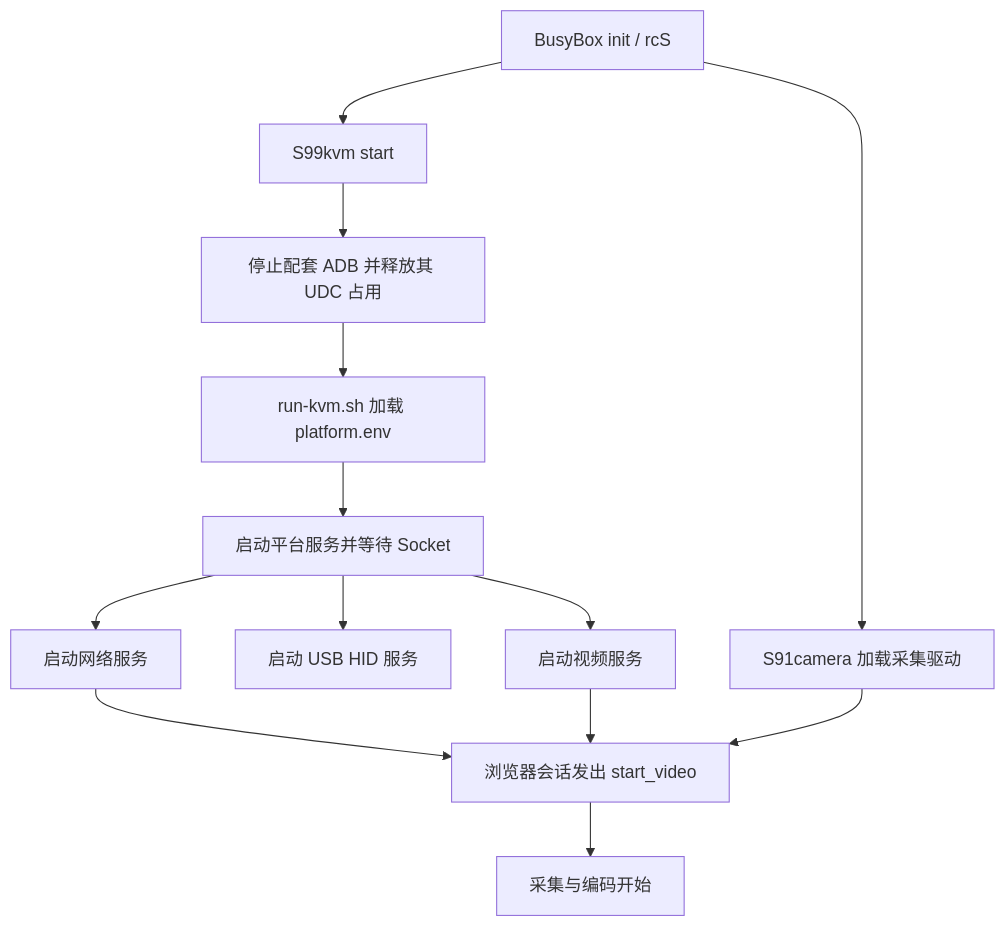
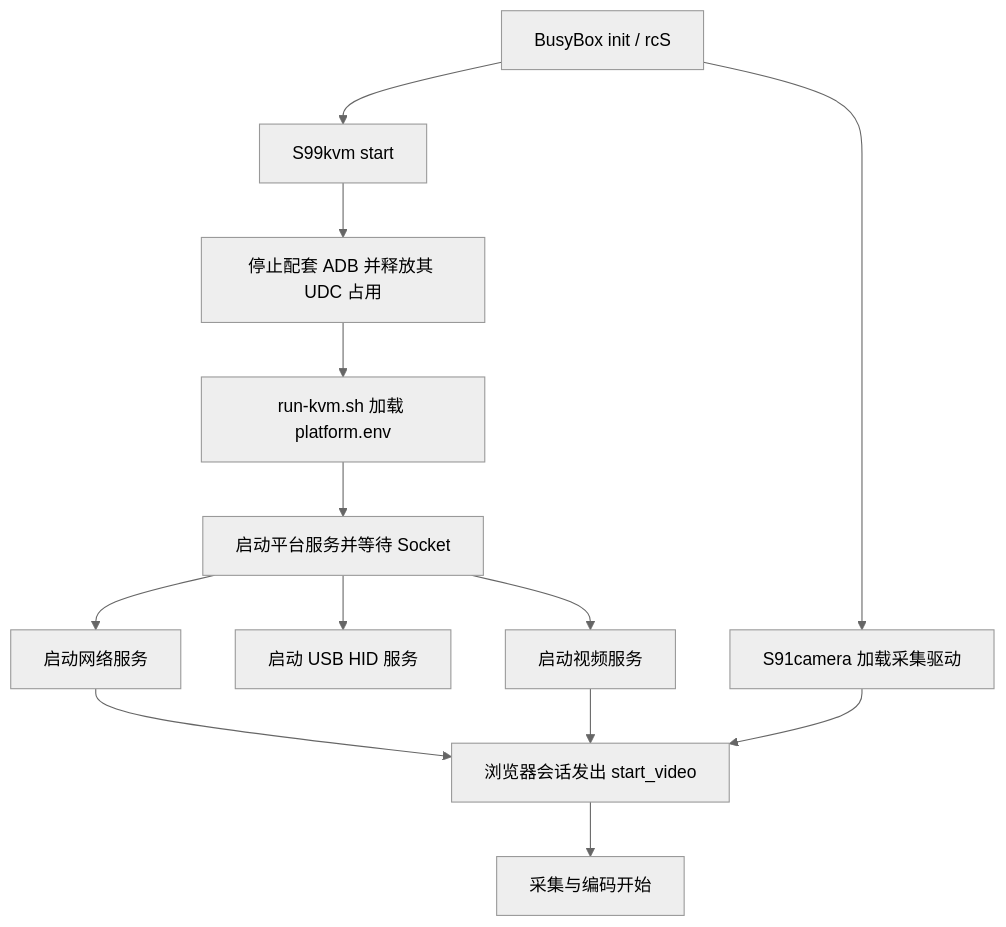
The diagram in docs/course/deployment/startup.md (dshanpi/solution-docs), drawn with Mermaid before and after one commit. The commit also changed other lines of this file and 91 other files, not shown here.

````diff
--- a/docs/course/deployment/startup.md
+++ b/docs/course/deployment/startup.md
@@ -33,15 +33,16 @@
 ```mermaid
+%%{init: {'theme': 'neutral'}}%%
 flowchart TD
   I[BusyBox init / rcS] --> D[S91camera 加载采集驱动]
   I --> S[S99kvm start]
   S --> U[停止配套 ADB 并释放其 UDC 占用]
   U --> R[run-kvm.sh 加载 platform.env]
   R --> P[启动平台服务并等待 Socket]
   P --> H[启动 USB HID 服务]
   P --> A[启动网络服务]
   P --> V[启动视频服务]
   A --> C[浏览器会话发出 start_video]
   V --> C
   D --> C
   C --> F[采集与编码开始]
 ```
````
